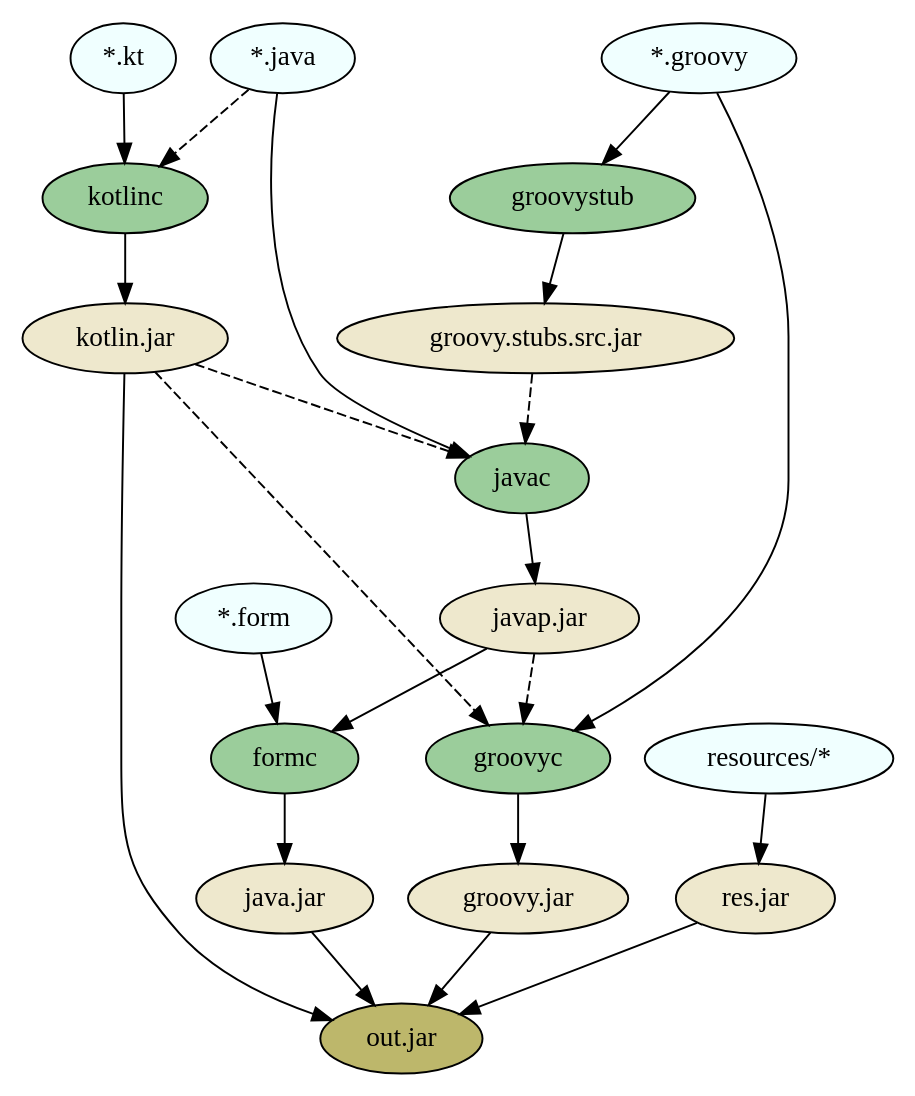
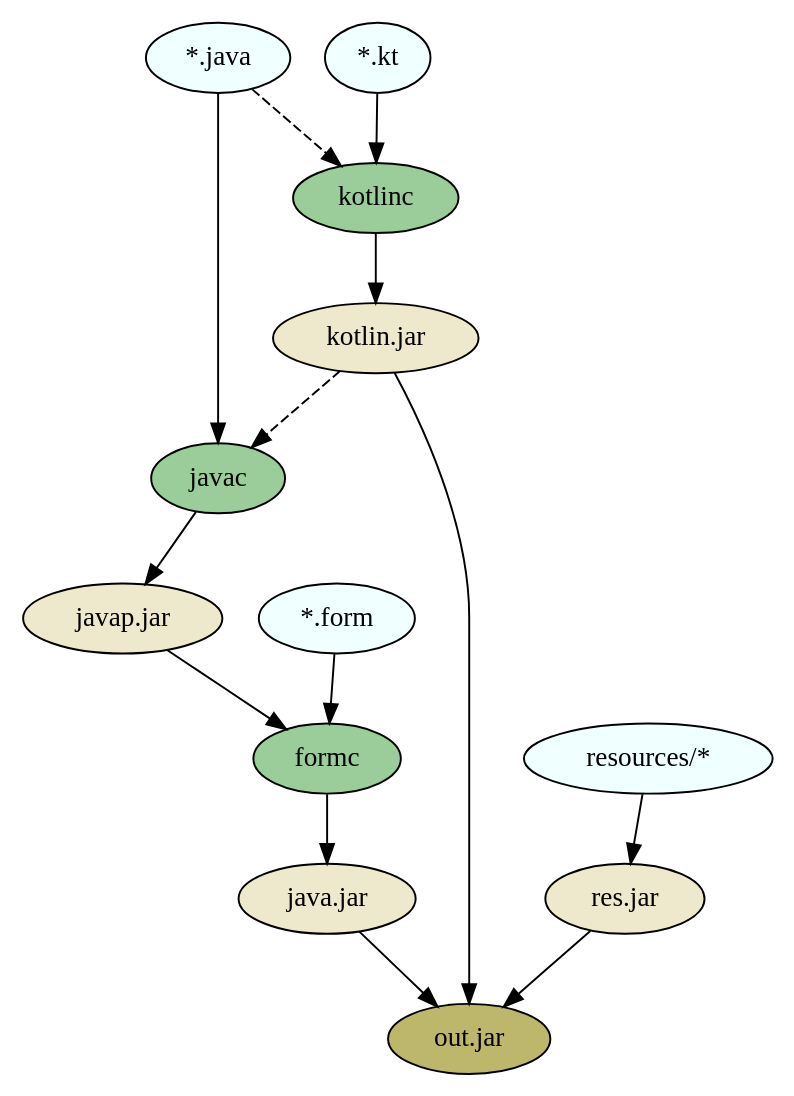
The diagram in bazel/docs/assets/iml-module-build-graph.dot (Iandmee/base_tools), drawn with Graphviz before and after one commit. The commit also changed 7 other files, not shown here.

```diff
--- a/bazel/docs/assets/iml-module-build-graph.dot
+++ b/bazel/docs/assets/iml-module-build-graph.dot
@@ -1,58 +1,41 @@
 strict digraph {
     "*.java"      [style=filled, fillcolor=azure1]
     "*.java"      [style=filled, fillcolor=azure1]
     "*.kt"        [style=filled, fillcolor=azure1]
-    "*.groovy"    [style=filled, fillcolor=azure1]
     "*.form"      [style=filled, fillcolor=azure1]
     "resources/*" [style=filled, fillcolor=azure1]
 
     javac      [style=filled, fillcolor=darkseagreen3]
     kotlinc    [style=filled, fillcolor=darkseagreen3]
     formc      [style=filled, fillcolor=darkseagreen3]
-    groovyc    [style=filled, fillcolor=darkseagreen3]
-    groovystub [style=filled, fillcolor=darkseagreen3]
 
     "kotlin.jar"           [style=filled, fillcolor=cornsilk2]
     "javap.jar"            [style=filled, fillcolor=cornsilk2]
     "java.jar"             [style=filled, fillcolor=cornsilk2]
-    "groovy.stubs.src.jar" [style=filled, fillcolor=cornsilk2]
-    "groovy.jar"           [style=filled, fillcolor=cornsilk2]
     "res.jar"              [style=filled, fillcolor=cornsilk2]
 
     "out.jar" [style=filled, fillcolor=darkkhaki]
 
     # Kotlin.
     "*.java" -> kotlinc [style=dashed]
     "*.kt"   -> kotlinc
     kotlinc  -> "kotlin.jar"
 
     # Java.
     "kotlin.jar"           -> javac [style=dashed]
     "*.java"               -> javac
-    "groovy.stubs.src.jar" -> javac [style=dashed]
     javac                  -> "javap.jar"
 
     # Forms.
     "javap.jar" -> formc
     "*.form"    -> formc
     formc       -> "java.jar"
-
-    # Groovy stubs.
-    "*.groovy" -> groovystub
-    groovystub -> "groovy.stubs.src.jar"
-
-    # Groovy.
-    "*.groovy"   -> groovyc
-    "kotlin.jar" -> groovyc [style=dashed]
-    "javap.jar"  -> groovyc [style=dashed]
-    groovyc      -> "groovy.jar"
 
     # Resources.
     "resources/*" -> "res.jar"
 
     # Output.
     "res.jar"    -> "out.jar"
     "kotlin.jar" -> "out.jar"
     "java.jar"   -> "out.jar"
-    "groovy.jar" -> "out.jar"
 }
```
